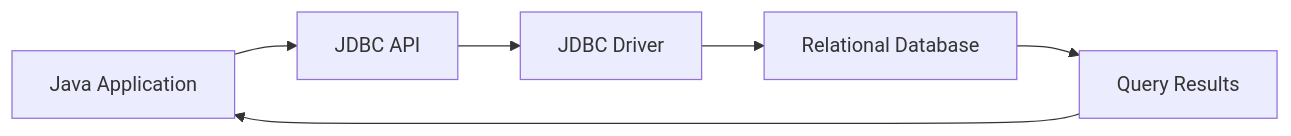
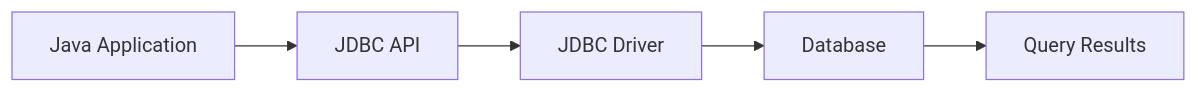
The fourth of 7 diagrams in README.md (khushiag07/Java_Project), drawn with Mermaid before and after one commit. The commit also changed other lines of this file, not shown here.

````diff
--- a/README.md
+++ b/README.md
@@ -163,8 +103,7 @@
 ```mermaid
 flowchart LR
     A[Java Application] --> B[JDBC API]
     B --> C[JDBC Driver]
-    C --> D[Relational Database]
+    C --> D[Database]
     D --> E[Query Results]
-    E --> A
 ```
````
